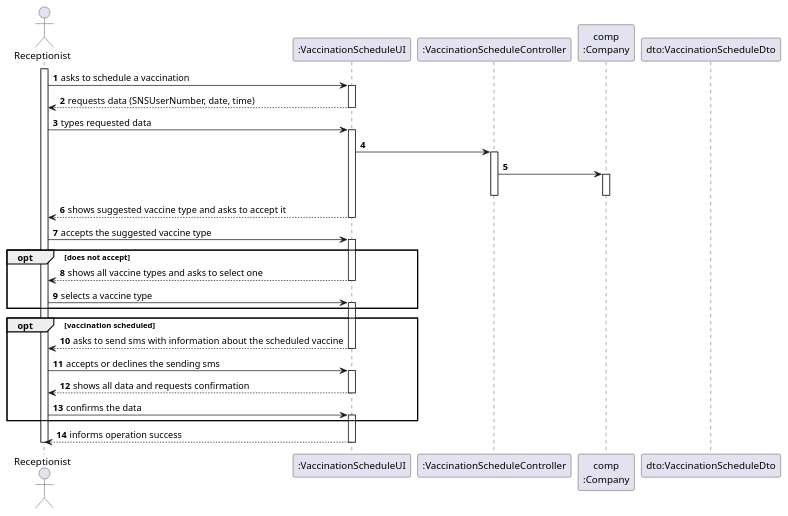
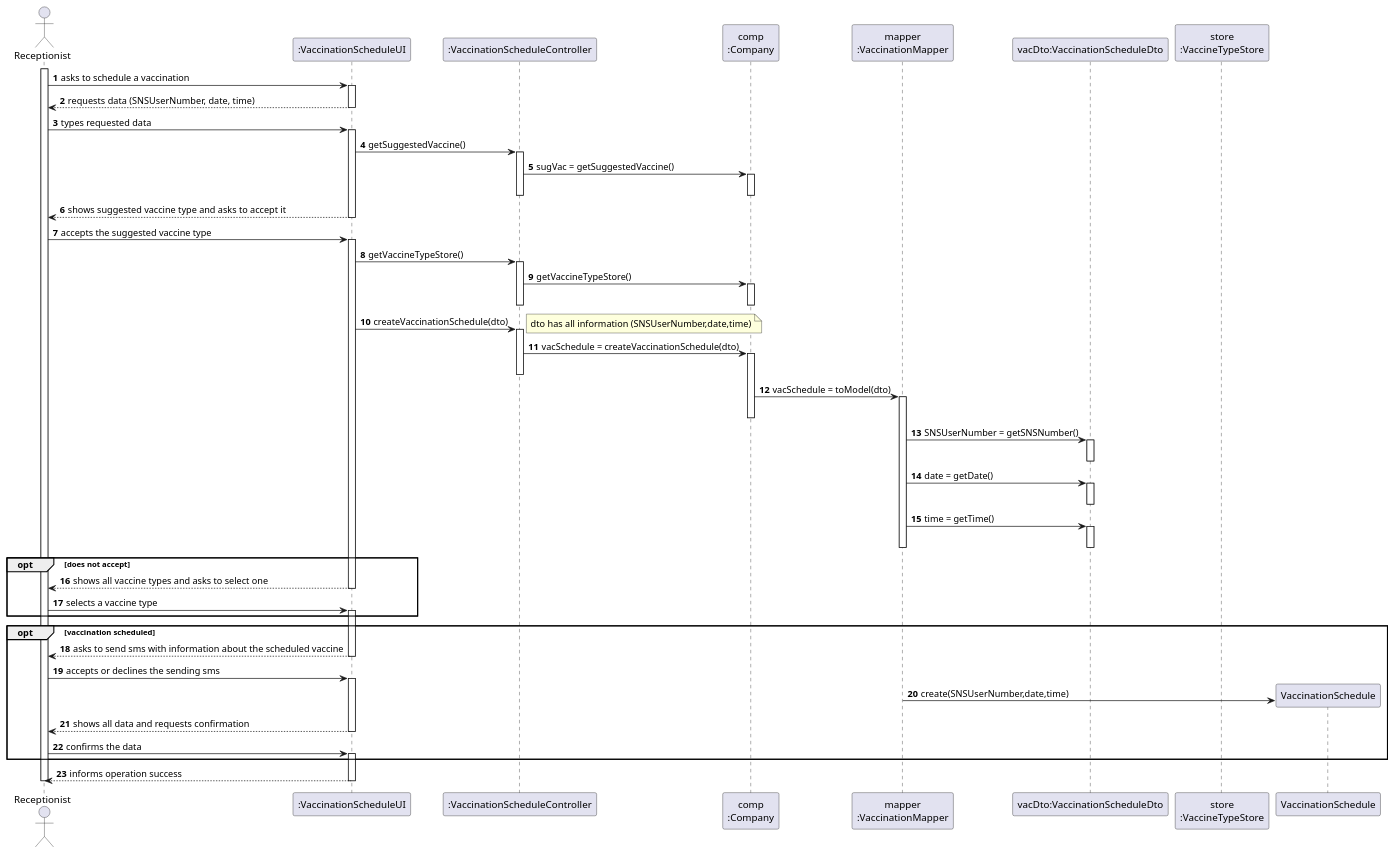
One commit to miseEnPlace-i/lapr2 changed the diagram in docs/SprintC/US02/SD/US02_SD.puml. Above: the diagram before and after it, drawn with PlantUML.

Commit message:
docs(US02): added mapper, VaccinationScheduleDto, VaccineTypeStore to SD

```diff
--- a/docs/SprintC/US02/SD/US02_SD.puml
+++ b/docs/SprintC/US02/SD/US02_SD.puml
@@ -1,59 +1,100 @@
 @startuml US02_SD
 autonumber
 'hide footbox
 actor "Receptionist" as RECEPT
 
 participant ":VaccinationScheduleUI" as UI
 participant ":VaccinationScheduleController" as CTRL
 participant "comp\n:Company" as COMP
-participant "dto:VaccinationScheduleDto" as DTO
+participant "mapper\n:VaccinationMapper" as MAPPER
+participant "vacDto:VaccinationScheduleDto" as DTO
+participant "store\n:VaccineTypeStore" as STORE
 
 activate RECEPT
 RECEPT -> UI : asks to schedule a vaccination
 activate UI
+
+
 UI --> RECEPT : requests data (SNSUserNumber, date, time)
 deactivate UI
 
 RECEPT -> UI : types requested data
 activate UI
 
-UI -> CTRL
+UI -> CTRL : getSuggestedVaccine()
 activate CTRL
 
-CTRL -> COMP
+CTRL -> COMP : sugVac = getSuggestedVaccine()
 activate COMP
 deactivate CTRL
 deactivate COMP
 
 UI --> RECEPT : shows suggested vaccine type and asks to accept it
 deactivate UI
 
 RECEPT -> UI : accepts the suggested vaccine type
 activate UI
+
+UI -> CTRL : getVaccineTypeStore()
+activate CTRL
+
+CTRL -> COMP : getVaccineTypeStore()
+activate COMP
+deactivate CTRL
+deactivate COMP
+
+UI -> CTRL : createVaccinationSchedule(dto)
+activate CTRL
+
+note right 
+dto has all information (SNSUserNumber,date,time)
+end note
+CTRL -> COMP : vacSchedule = createVaccinationSchedule(dto)
+activate COMP
+deactivate CTRL
+
+COMP -> MAPPER : vacSchedule = toModel(dto)
+activate MAPPER
+deactivate COMP
+
+MAPPER -> DTO : SNSUserNumber = getSNSNumber()
+activate DTO
+deactivate DTO
+
+MAPPER -> DTO : date = getDate()
+activate DTO
+deactivate DTO
+
+MAPPER -> DTO : time = getTime()
+activate DTO
+deactivate DTO
+deactivate MAPPER
 
 opt does not accept
 UI --> RECEPT : shows all vaccine types and asks to select one
 deactivate UI
 RECEPT -> UI : selects a vaccine type
 activate UI
 end
 
 opt vaccination scheduled 
 UI --> RECEPT : asks to send sms with information about the scheduled vaccine
 deactivate UI
 RECEPT -> UI : accepts or declines the sending sms
 activate UI
 
+MAPPER -> VaccinationSchedule** : create(SNSUserNumber,date,time)
+
 UI --> RECEPT : shows all data and requests confirmation
 deactivate UI
 RECEPT -> UI : confirms the data
 activate UI
 end
 
 UI --> RECEPT : informs operation success
 deactivate UI
 
 
 deactivate RECEPT
 
 @enduml
```
